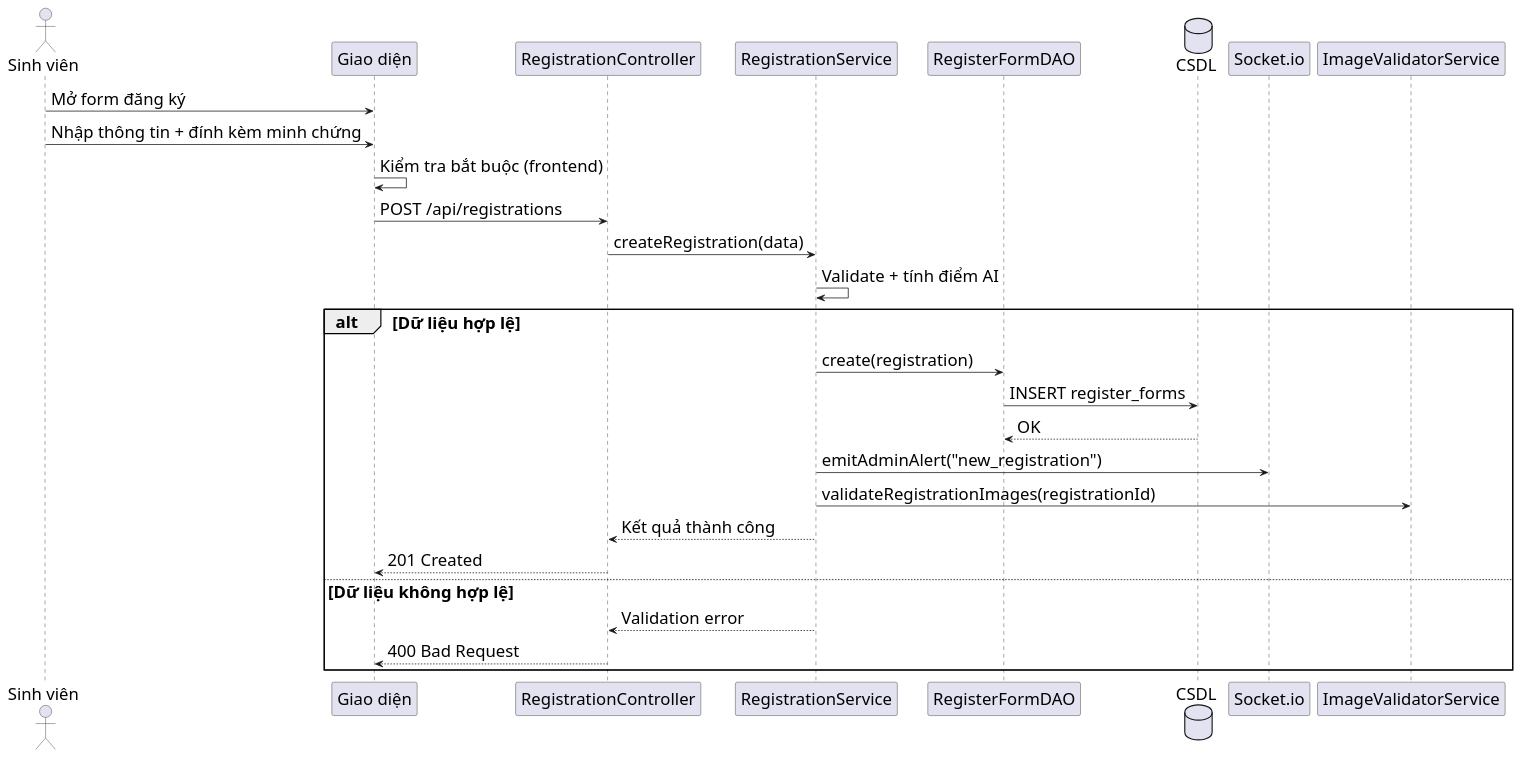
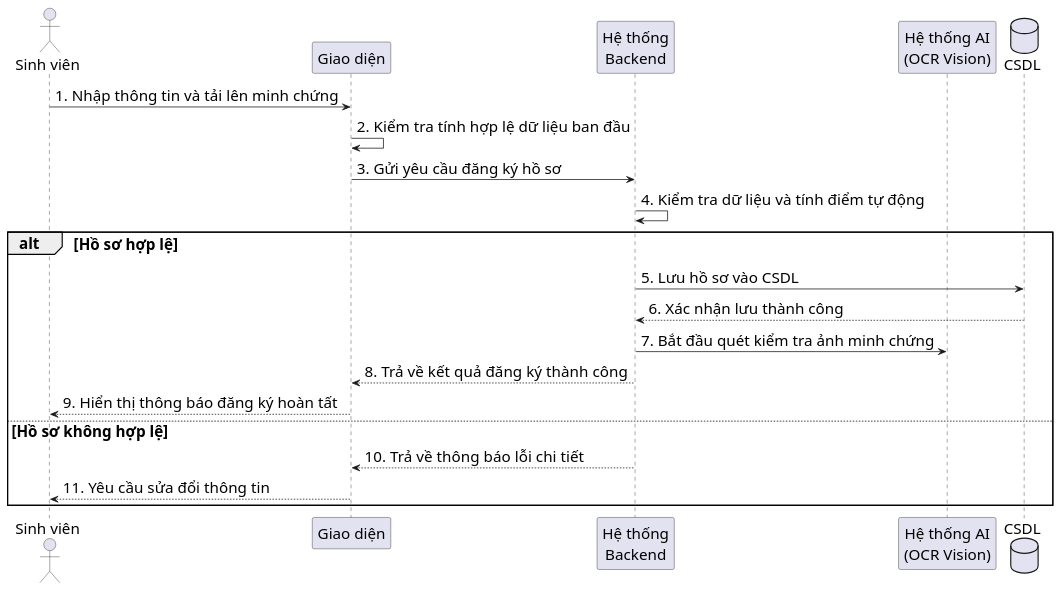
Before and after one commit to s0nbuildtech287/dormitory-frontend: the diagram in diagrams/nhomsinhvien/student_registration_sequence.puml, drawn with PlantUML. The commit also changed 23 other files, not shown here.

```diff
--- a/diagrams/nhomsinhvien/student_registration_sequence.puml
+++ b/diagrams/nhomsinhvien/student_registration_sequence.puml
@@ -1,32 +1,27 @@
 @startuml "Student Registration Sequence"
-skinparam defaultFontSize 22
+skinparam defaultFontSize 20
 skinparam defaultFontName "Times New Roman"
-skinparam sequenceMessageSize 22
-actor "Sinh viên" as SV
+skinparam sequenceMessageSize 20
+
+actor "Sinh viên" as Student
 participant "Giao diện" as FE
-participant "RegistrationController" as RegC
-participant "RegistrationService" as RegS
-participant "RegisterFormDAO" as RegDAO
+participant "Hệ thống\nBackend" as BE
+participant "Hệ thống AI\n(OCR Vision)" as Vision
 database "CSDL" as DB
-participant "Socket.io" as WS
-participant "ImageValidatorService" as Vision
 
-SV -> FE: Mở form đăng ký
-SV -> FE: Nhập thông tin + đính kèm minh chứng
-FE -> FE: Kiểm tra bắt buộc (frontend)
-FE -> RegC: POST /api/registrations
-RegC -> RegS: createRegistration(data)
-RegS -> RegS: Validate + tính điểm AI
-alt Dữ liệu hợp lệ
-  RegS -> RegDAO: create(registration)
-  RegDAO -> DB: INSERT register_forms
-  DB --> RegDAO: OK
-  RegS -> WS: emitAdminAlert("new_registration")
-  RegS -> Vision: validateRegistrationImages(registrationId)
-  RegS --> RegC: Kết quả thành công
-  RegC --> FE: 201 Created
-else Dữ liệu không hợp lệ
-  RegS --> RegC: Validation error
-  RegC --> FE: 400 Bad Request
+Student -> FE: 1. Nhập thông tin và tải lên minh chứng
+FE -> FE: 2. Kiểm tra tính hợp lệ dữ liệu ban đầu
+FE -> BE: 3. Gửi yêu cầu đăng ký hồ sơ
+BE -> BE: 4. Kiểm tra dữ liệu và tính điểm tự động
+
+alt Hồ sơ hợp lệ
+  BE -> DB: 5. Lưu hồ sơ vào CSDL
+  DB --> BE: 6. Xác nhận lưu thành công
+  BE -> Vision: 7. Bắt đầu quét kiểm tra ảnh minh chứng
+  BE --> FE: 8. Trả về kết quả đăng ký thành công
+  FE --> Student: 9. Hiển thị thông báo đăng ký hoàn tất
+else Hồ sơ không hợp lệ
+  BE --> FE: 10. Trả về thông báo lỗi chi tiết
+  FE --> Student: 11. Yêu cầu sửa đổi thông tin
 end
 @enduml
```
